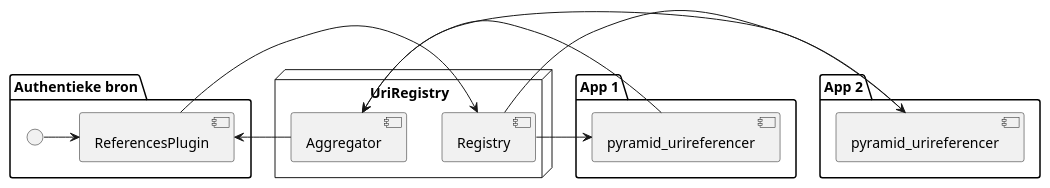
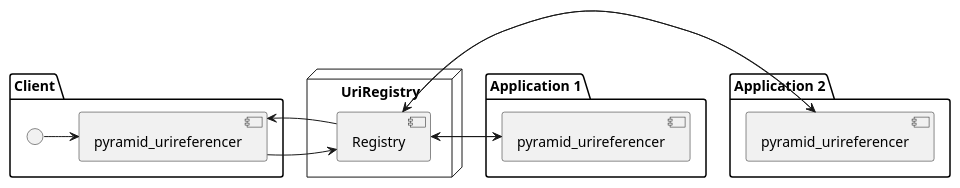
Before and after one commit to OnroerendErfgoed/uriregistry: the diagram in docs/source/architecture.rst, drawn with PlantUML. The commit also changed other lines of this file and 1 other file, not shown here.

```diff
--- a/docs/source/architecture.rst
+++ b/docs/source/architecture.rst
@@ -8,31 +8,30 @@
 .. uml::
 
     @startuml
 
-    package "Authentieke bron" as AB{
+    package "Client" as AB{
         interface " " as START
-        [ReferencesPlugin] as RP
+        [pyramid_urireferencer] as RP
         START -> RP
     }
 
     node "UriRegistry" as UR{
       [Registry] as REG
-      [Aggregator] as AGR
     }
 
-    package "App 1" as A1{
+    package "Application 1" as A1{
         [pyramid_urireferencer] as RP1
     }
 
-    package "App 2" as A2{
+    package "Application 2" as A2{
         [pyramid_urireferencer] as RP2
     }
 
     RP -> REG
     REG -> RP1
     REG -> RP2
-    RP1 -> AGR
-    RP2 -> AGR
-    AGR -> RP
+    RP1 -> REG
+    RP2 -> REG
+    REG -> RP
 
     @enduml
```
